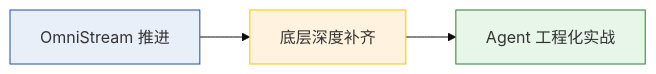
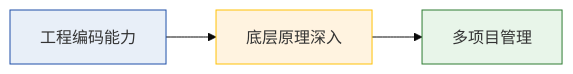
One commit to int2t05/internship changed diagram 13 of 13 in manuscript.md. Above: the diagram before and after it, drawn with Mermaid (base theme). The commit also changed other lines of this file and 2 other files, not shown here.

````diff
--- a/manuscript.md
+++ b/manuscript.md
@@ -505,11 +505,11 @@
 ```mermaid
 flowchart LR
-    A["OmniStream 推进"] --> B["底层深度补齐"]
-    B --> C["Agent 工程化实战"]
+    A["工程编码能力"] --> B["底层原理深入"]
+    B --> C["多项目管理"]
     classDef a fill:#E8EFF8,stroke:#1E4FA8
     classDef b fill:#FFF3E0,stroke:#FFC107
     classDef c fill:#E8F5E9,stroke:#2E7D32
     class A a
     class B b
     class C c
 ```
````
